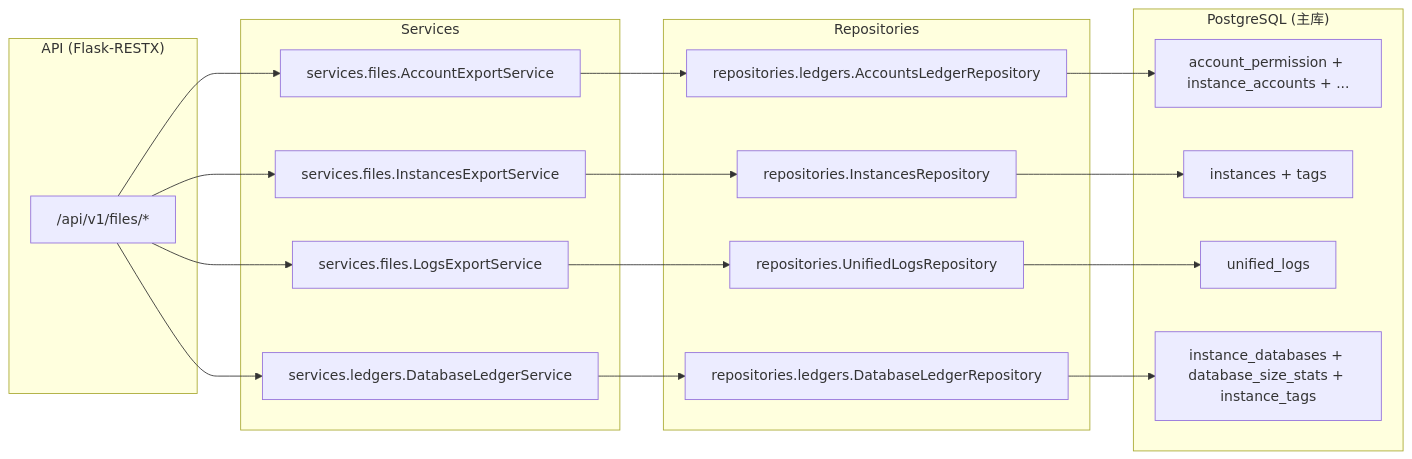
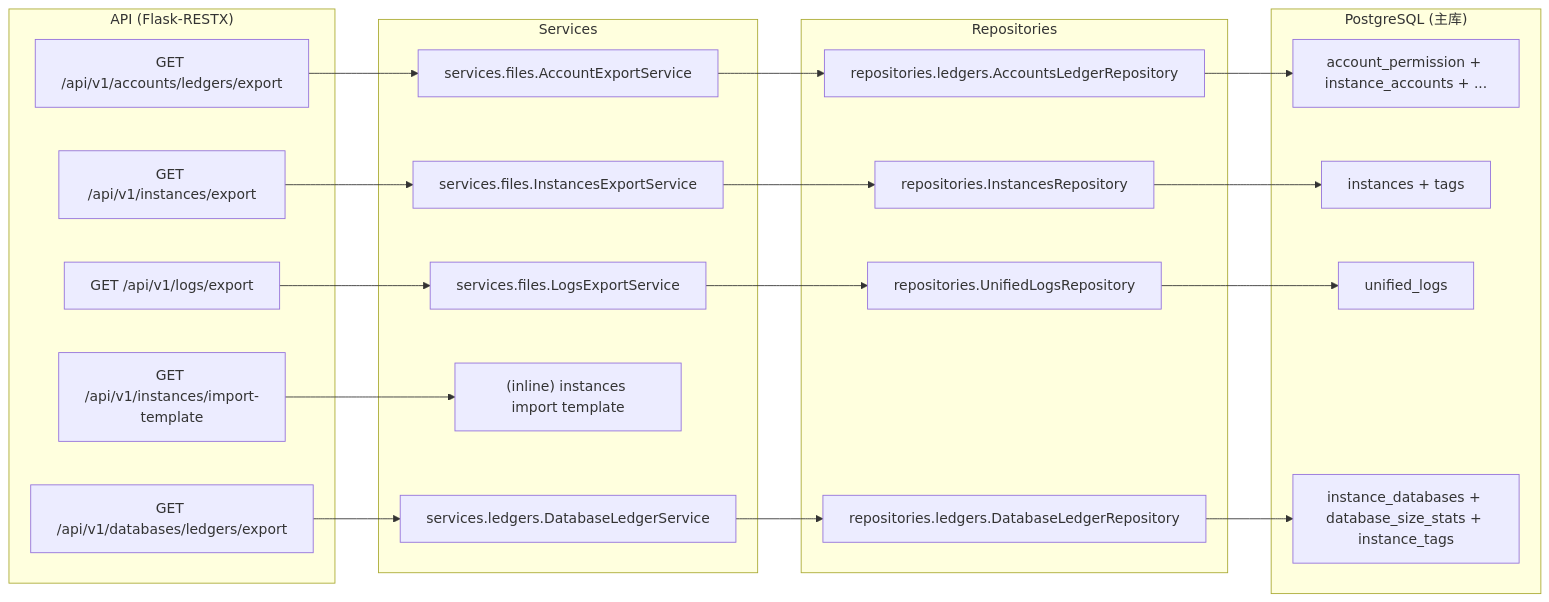
One commit to nyealovey/WhaleFall changed the diagram in docs/architecture/files-exports.md. Above: the diagram before and after it, drawn with Mermaid. The commit also changed other lines of this file and 82 other files, not shown here.

````diff
--- a/docs/architecture/files-exports.md
+++ b/docs/architecture/files-exports.md
@@ -24,32 +31,38 @@
 ```mermaid
 flowchart LR
   subgraph API["API (Flask-RESTX)"]
-    Files["/api/v1/files/*"]
+    AccountExport["GET /api/v1/accounts/ledgers/export"]
+    InstancesExport["GET /api/v1/instances/export"]
+    DbLedgerExport["GET /api/v1/databases/ledgers/export"]
+    LogsExport["GET /api/v1/logs/export"]
+    ImportTemplate["GET /api/v1/instances/import-template"]
   end
 
   subgraph Services["Services"]
-    AccountExport["services.files.AccountExportService"]
-    InstancesExport["services.files.InstancesExportService"]
-    LogsExport["services.files.LogsExportService"]
+    AccountExportSvc["services.files.AccountExportService"]
+    InstancesExportSvc["services.files.InstancesExportService"]
+    LogsExportSvc["services.files.LogsExportService"]
+    Template["(inline) instances import template"]
     DbLedger["services.ledgers.DatabaseLedgerService"]
   end
 
   subgraph Repos["Repositories"]
     AccountsLedgerRepo["repositories.ledgers.AccountsLedgerRepository"]
     InstancesRepo["repositories.InstancesRepository"]
     UnifiedLogsRepo["repositories.UnifiedLogsRepository"]
     DbLedgerRepo["repositories.ledgers.DatabaseLedgerRepository"]
   end
 
   subgraph DB["PostgreSQL (主库)"]
     AccountsTables["account_permission + instance_accounts + ..."]
     InstancesTable["instances + tags"]
     UnifiedLogTable["unified_logs"]
     DbLedgerTables["instance_databases + database_size_stats + instance_tags"]
   end
 
-  Files --> AccountExport --> AccountsLedgerRepo --> AccountsTables
-  Files --> InstancesExport --> InstancesRepo --> InstancesTable
-  Files --> LogsExport --> UnifiedLogsRepo --> UnifiedLogTable
-  Files --> DbLedger --> DbLedgerRepo --> DbLedgerTables
+  AccountExport --> AccountExportSvc --> AccountsLedgerRepo --> AccountsTables
+  InstancesExport --> InstancesExportSvc --> InstancesRepo --> InstancesTable
+  LogsExport --> LogsExportSvc --> UnifiedLogsRepo --> UnifiedLogTable
+  DbLedgerExport --> DbLedger --> DbLedgerRepo --> DbLedgerTables
+  ImportTemplate --> Template
 ```
````
